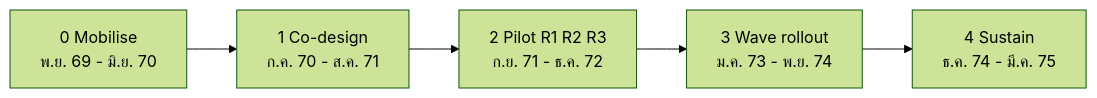
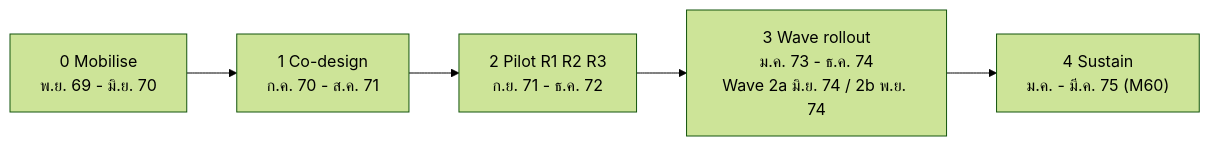
The second of 2 diagrams in tnsu-system/docs/14-ux-adoption.md (Ruttanachote/Ai), drawn with Mermaid (forest theme) before and after one commit. The commit also changed other lines of this file and 7 other files, not shown here.

````diff
--- a/tnsu-system/docs/14-ux-adoption.md
+++ b/tnsu-system/docs/14-ux-adoption.md
@@ -419,7 +584,7 @@
 ```mermaid
 flowchart LR
   F0["0 Mobilise<br/>พ.ย. 69 - มิ.ย. 70"] --> F1["1 Co-design<br/>ก.ค. 70 - ส.ค. 71"]
   F1 --> F2["2 Pilot R1 R2 R3<br/>ก.ย. 71 - ธ.ค. 72"]
-  F2 --> F3["3 Wave rollout<br/>ม.ค. 73 - พ.ย. 74"]
-  F3 --> F4["4 Sustain<br/>ธ.ค. 74 - มี.ค. 75"]
+  F2 --> F3["3 Wave rollout<br/>ม.ค. 73 - ธ.ค. 74<br/>Wave 2a มิ.ย. 74 / 2b พ.ย. 74"]
+  F3 --> F4["4 Sustain<br/>ม.ค. - มี.ค. 75 (M60)"]
 ```
````
